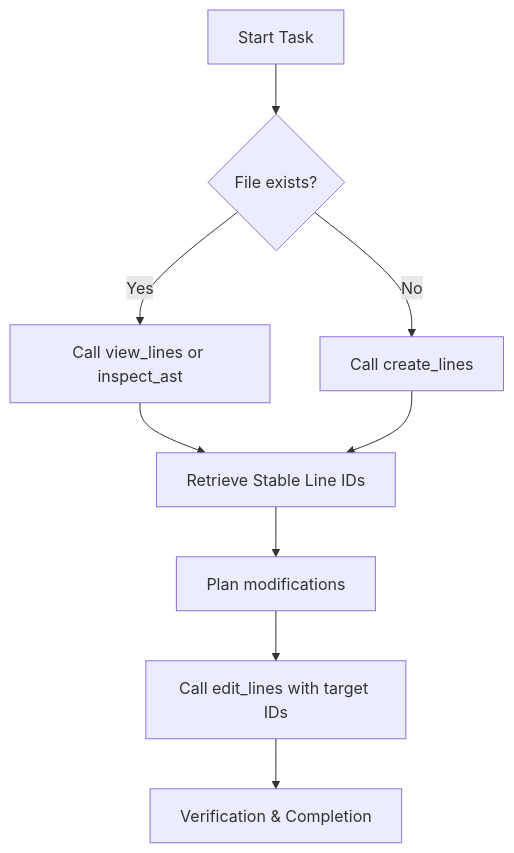
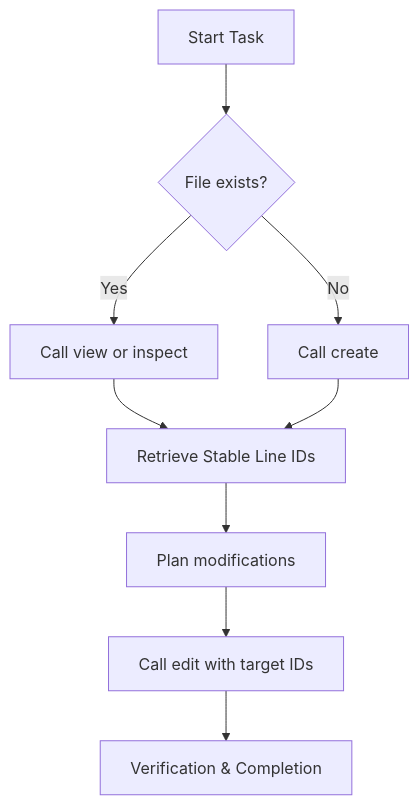
The diagram in README.md (zaeku/ast-editor), drawn with Mermaid before and after one commit. The commit also changed other lines of this file and 26 other files, not shown here.

````diff
--- a/README.md
+++ b/README.md
@@ -444,11 +444,11 @@
 ```mermaid
 graph TD
     A[Start Task] --> B{File exists?}
-    B -- Yes --> C[Call view_lines or inspect_ast]
-    B -- No --> D[Call create_lines]
+    B -- Yes --> C[Call view or inspect]
+    B -- No --> D[Call create]
     C --> E[Retrieve Stable Line IDs]
     D --> E
     E --> F[Plan modifications]
-    F --> G[Call edit_lines with target IDs]
+    F --> G[Call edit with target IDs]
     G --> H[Verification & Completion]
 ```
````
